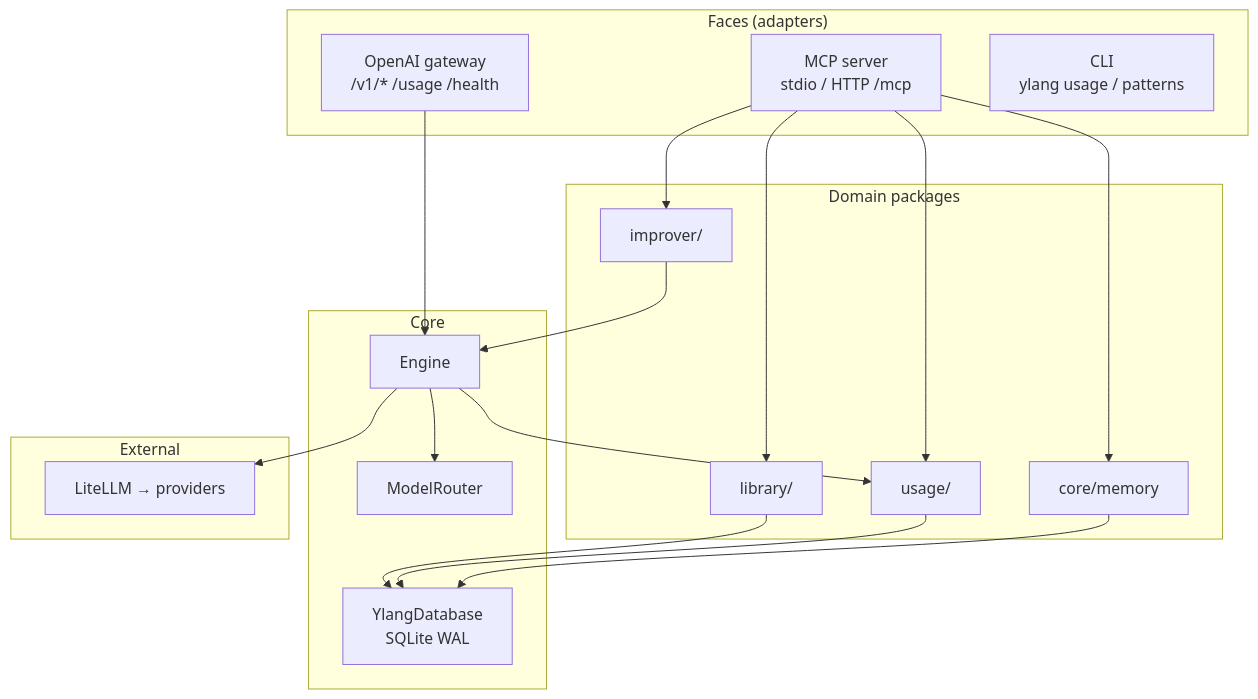
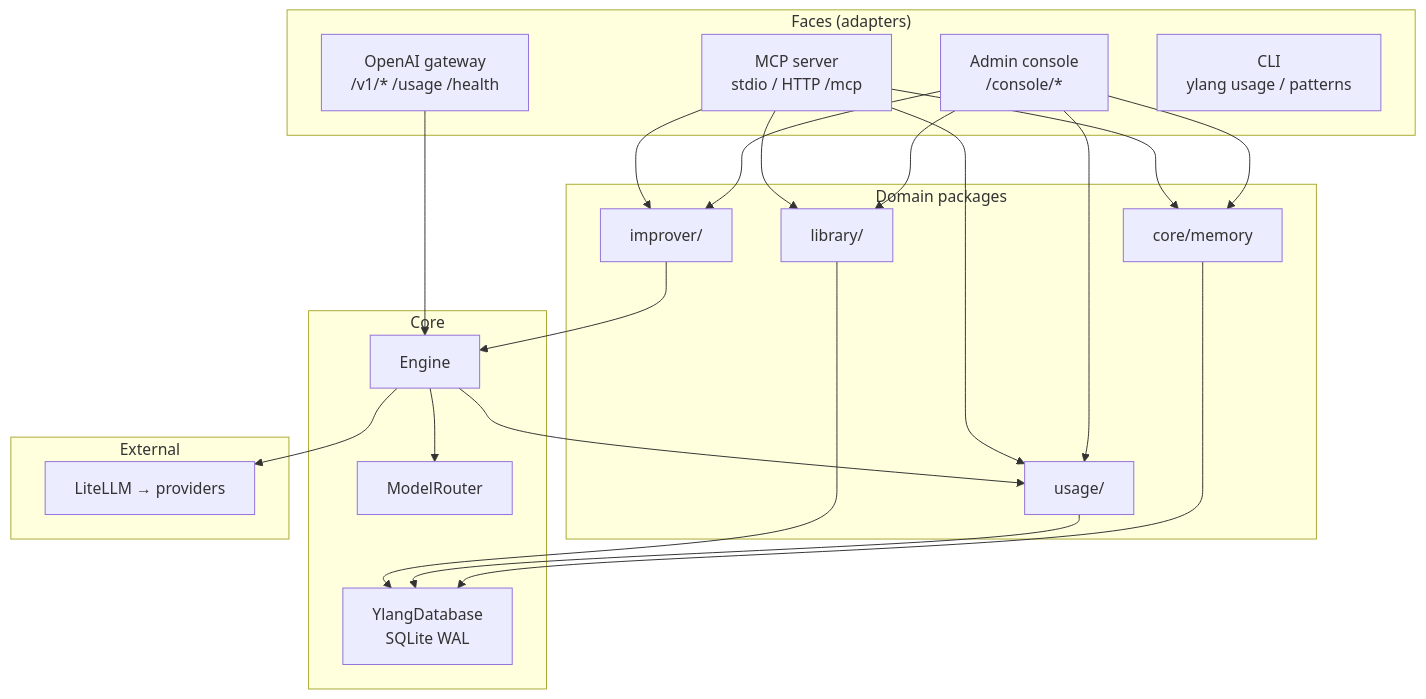
Before and after one commit to Yann-0/ylang: the first of 3 diagrams in docs/architecture.md, drawn with Mermaid. The commit also changed other lines of this file and 182 other files, not shown here.

````diff
--- a/docs/architecture.md
+++ b/docs/architecture.md
@@ -14,38 +17,43 @@
 ```mermaid
 flowchart TB
     subgraph faces["Faces (adapters)"]
         MCP["MCP server<br/>stdio / HTTP /mcp"]
         GW["OpenAI gateway<br/>/v1/* /usage /health"]
+        CON["Admin console<br/>/console/*"]
         CLI["CLI<br/>ylang usage / patterns"]
     end
 
     subgraph domain["Domain packages"]
         IMP["improver/"]
         LIB["library/"]
         USG["usage/"]
         MEM["core/memory"]
     end
 
     subgraph core["Core"]
         ENG["Engine"]
         RTR["ModelRouter"]
         DB["YlangDatabase<br/>SQLite WAL"]
     end
 
     subgraph external["External"]
         LLM["LiteLLM → providers"]
     end
 
     MCP --> IMP
     MCP --> LIB
     MCP --> USG
     MCP --> MEM
+    CON --> IMP
+    CON --> LIB
+    CON --> USG
+    CON --> MEM
     GW --> ENG
     IMP --> ENG
     ENG --> RTR
     ENG --> USG
     ENG --> LLM
     LIB --> DB
     USG --> DB
     MEM --> DB
 ```
````
